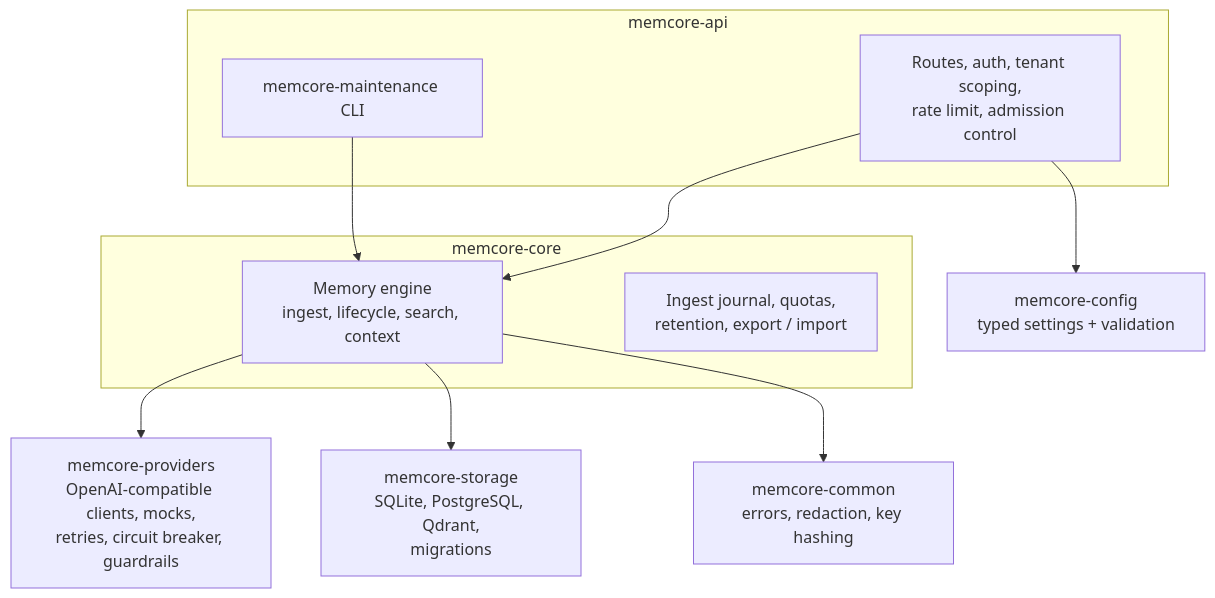
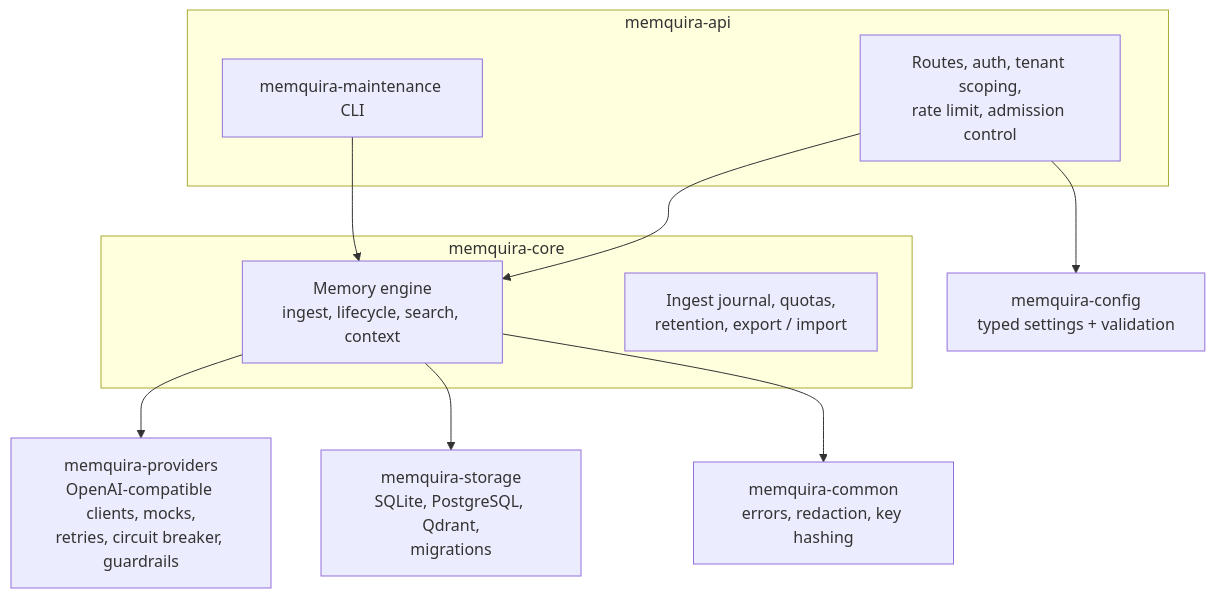
Before and after one commit to Memquira/memquira: the diagram in docs/architecture.md, drawn with Mermaid. The commit also changed other lines of this file and 1040 other files, not shown here.

````diff
--- a/docs/architecture.md
+++ b/docs/architecture.md
@@ -8,21 +8,21 @@
 ```mermaid
 flowchart TB
-    subgraph memcore-api
+    subgraph memquira-api
       R[Routes, auth, tenant scoping,<br/>rate limit, admission control]
-      M[memcore-maintenance CLI]
+      M[memquira-maintenance CLI]
     end
-    subgraph memcore-core
+    subgraph memquira-core
       E[Memory engine<br/>ingest, lifecycle, search, context]
       J[Ingest journal, quotas,<br/>retention, export / import]
     end
-    P[memcore-providers<br/>OpenAI-compatible clients, mocks,<br/>retries, circuit breaker, guardrails]
-    S[memcore-storage<br/>SQLite, PostgreSQL, Qdrant,<br/>migrations]
-    C[memcore-config<br/>typed settings + validation]
-    X[memcore-common<br/>errors, redaction, key hashing]
+    P[memquira-providers<br/>OpenAI-compatible clients, mocks,<br/>retries, circuit breaker, guardrails]
+    S[memquira-storage<br/>SQLite, PostgreSQL, Qdrant,<br/>migrations]
+    C[memquira-config<br/>typed settings + validation]
+    X[memquira-common<br/>errors, redaction, key hashing]
     R --> E
     M --> E
     E --> P
     E --> S
     R --> C
     E --> X
 ```
````
